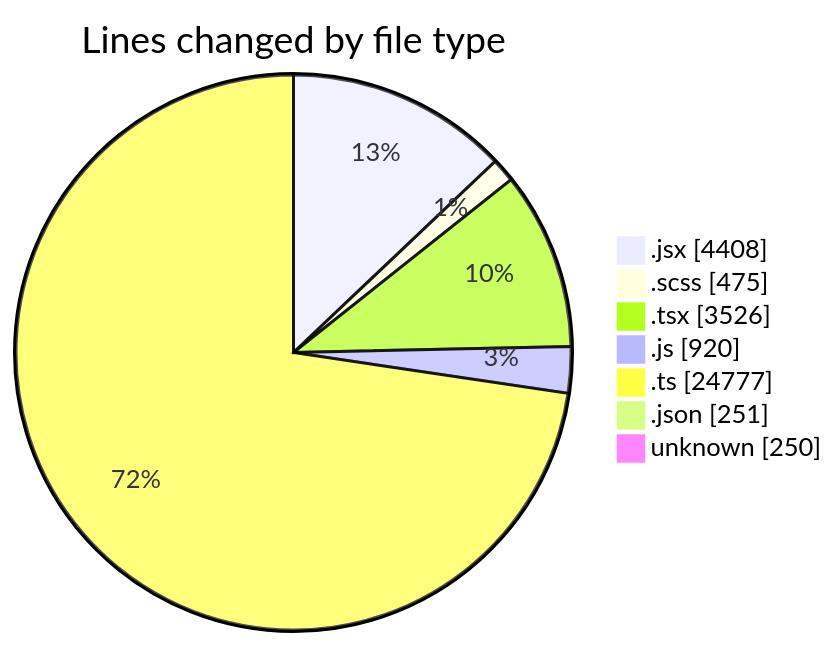
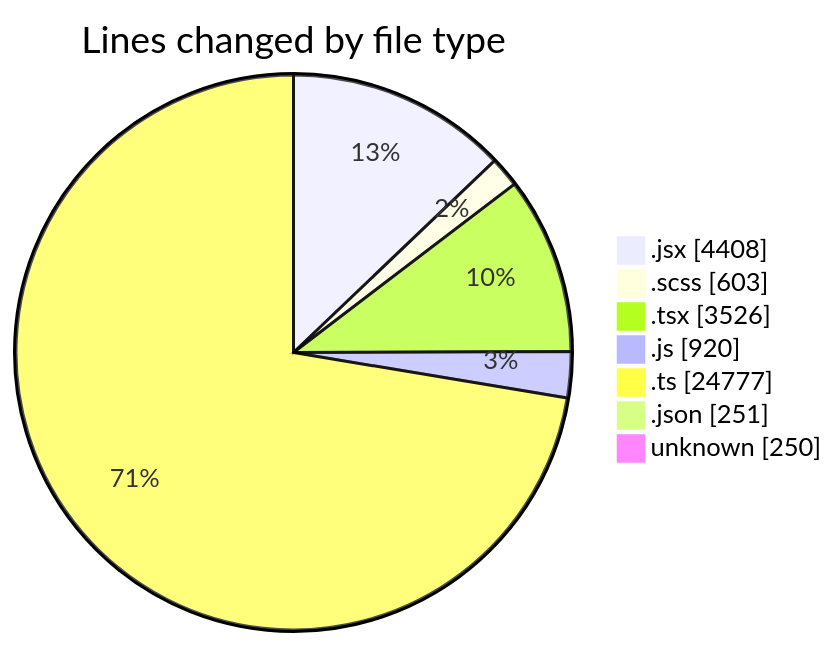
One commit to momahboobian/code-tracking changed the first of 2 diagrams in 2026-09-02/cda/README.md. Above: the diagram before and after it, drawn with Mermaid. The commit also changed other lines of this file and 1 other file, not shown here.

````diff
--- a/2026-09-02/cda/README.md
+++ b/2026-09-02/cda/README.md
@@ -77,11 +77,11 @@
 ```mermaid
 pie showData
 title Lines changed by file type
 ".jsx" : 4408
-".scss" : 475
+".scss" : 603
 ".tsx" : 3526
 ".js" : 920
 ".ts" : 24777
 ".json" : 251
 "unknown" : 250
 ```
````
